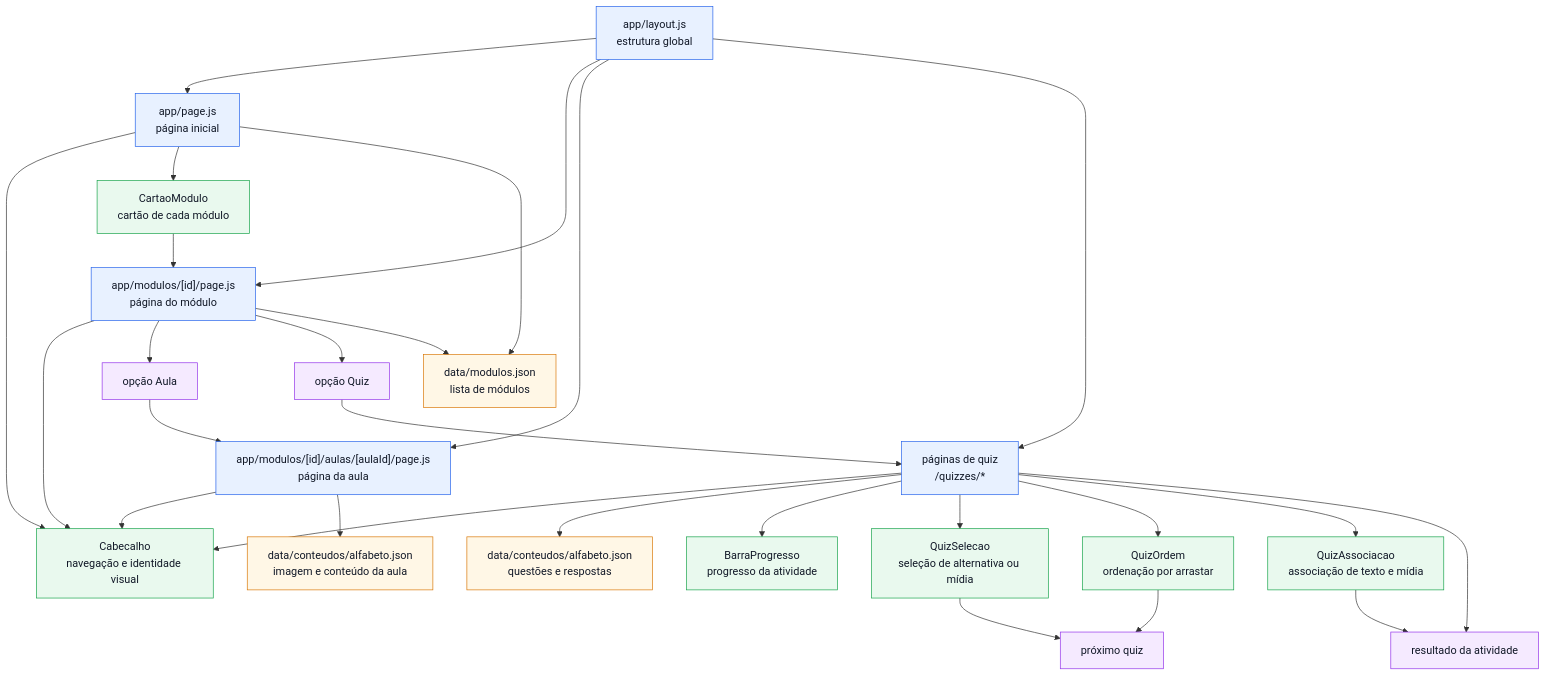
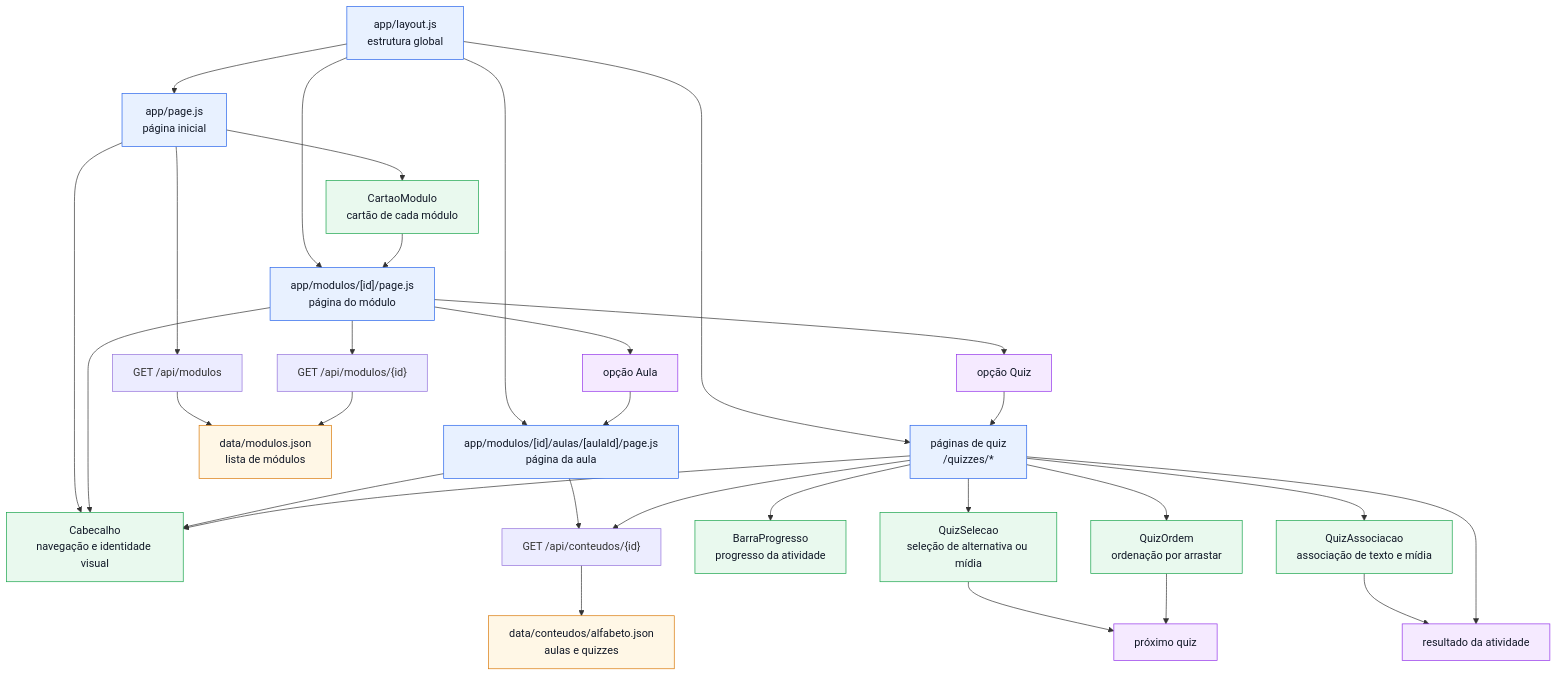
One commit to maria-eduarda-cunha/WebMobile changed the diagram in projeto-02/README.md. Above: the diagram before and after it, drawn with Mermaid. The commit also changed other lines of this file and 21 other files, not shown here.

Commit message:
add fetch endpoint for JSON API

````diff
--- a/projeto-02/README.md
+++ b/projeto-02/README.md
@@ -48,45 +49,49 @@
 ```mermaid
 flowchart TD
     Layout["app/layout.js<br/>estrutura global"] --> PaginaInicial["app/page.js<br/>página inicial"]
     Layout --> PaginaModulo["app/modulos/[id]/page.js<br/>página do módulo"]
     Layout --> PaginaAula["app/modulos/[id]/aulas/[aulaId]/page.js<br/>página da aula"]
     Layout --> PaginasQuiz["páginas de quiz<br/>/quizzes/*"]
 
     PaginaInicial --> Cabecalho["Cabecalho<br/>navegação e identidade visual"]
     PaginaModulo --> Cabecalho
     PaginaAula --> Cabecalho
     PaginasQuiz --> Cabecalho
 
     PaginaInicial --> CartaoModulo["CartaoModulo<br/>cartão de cada módulo"]
     CartaoModulo --> PaginaModulo
 
     PaginaModulo --> Aula["opção Aula"]
     PaginaModulo --> QuizInicial["opção Quiz"]
     Aula --> PaginaAula
     QuizInicial --> PaginasQuiz
 
-    PaginaAula --> ConteudoAula["data/conteudos/alfabeto.json<br/>imagem e conteúdo da aula"]
-    PaginasQuiz --> ConteudoQuiz["data/conteudos/alfabeto.json<br/>questões e respostas"]
-    PaginaInicial --> Modulos["data/modulos.json<br/>lista de módulos"]
-    PaginaModulo --> Modulos
+    PaginaInicial --> ApiModulos["GET /api/modulos"]
+    PaginaModulo --> ApiModulo["GET /api/modulos/{id}"]
+    PaginaAula --> ApiConteudo["GET /api/conteudos/{id}"]
+    PaginasQuiz --> ApiConteudo
+
+    ApiModulos --> Modulos["data/modulos.json<br/>lista de módulos"]
+    ApiModulo --> Modulos
+    ApiConteudo --> ConteudoAula["data/conteudos/alfabeto.json<br/>aulas e quizzes"]
 
     PaginasQuiz --> BarraProgresso["BarraProgresso<br/>progresso da atividade"]
     PaginasQuiz --> QuizSelecao["QuizSelecao<br/>seleção de alternativa ou mídia"]
     PaginasQuiz --> QuizOrdem["QuizOrdem<br/>ordenação por arrastar"]
     PaginasQuiz --> QuizAssociacao["QuizAssociacao<br/>associação de texto e mídia"]
 
     QuizSelecao --> QuizSeguinte["próximo quiz"]
     QuizOrdem --> QuizSeguinte
     QuizAssociacao --> Resultado["resultado da atividade"]
     PaginasQuiz --> Resultado
 
     classDef pagina fill:#e8f1ff,stroke:#2563eb,color:#111827
     classDef componente fill:#e9f9ee,stroke:#16a34a,color:#111827
     classDef dado fill:#fff7e6,stroke:#d97706,color:#111827
     classDef fluxo fill:#f5eaff,stroke:#9333ea,color:#111827
 
     class Layout,PaginaInicial,PaginaModulo,PaginaAula,PaginasQuiz pagina
     class Cabecalho,CartaoModulo,BarraProgresso,QuizSelecao,QuizOrdem,QuizAssociacao componente
-    class Modulos,ConteudoAula,ConteudoQuiz dado
+    class Modulos,ConteudoAula dado
     class Aula,QuizInicial,QuizSeguinte,Resultado fluxo
 ```
````
